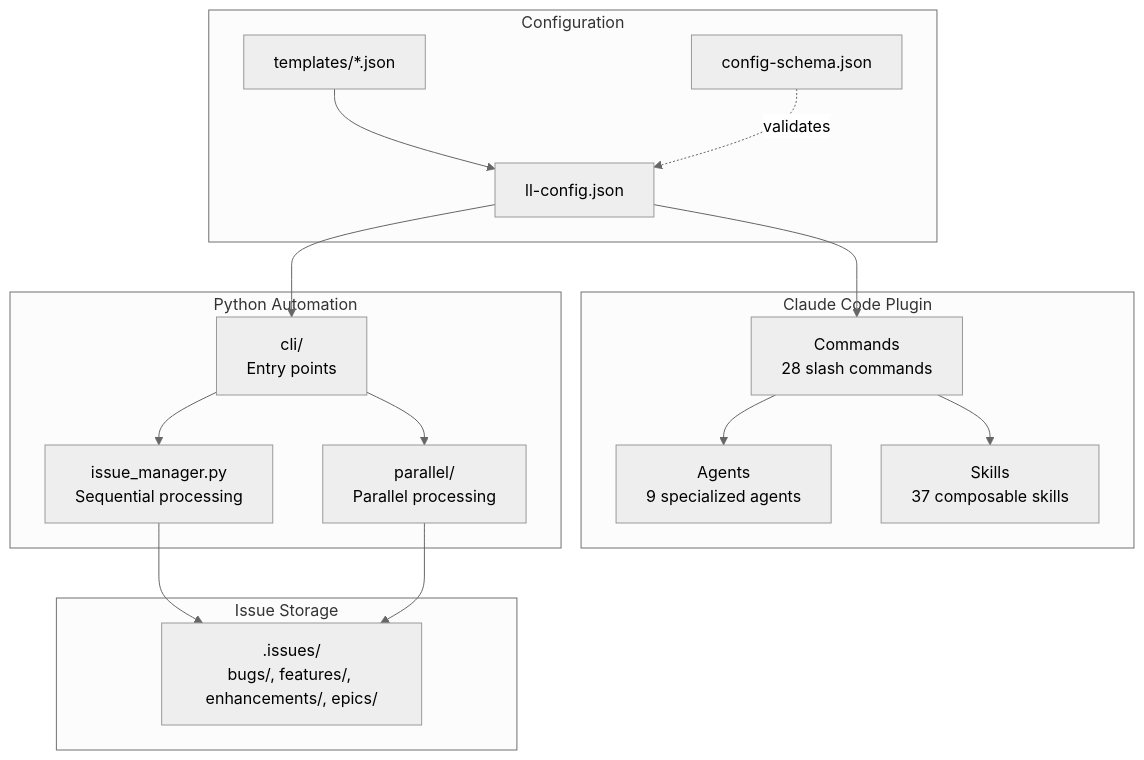
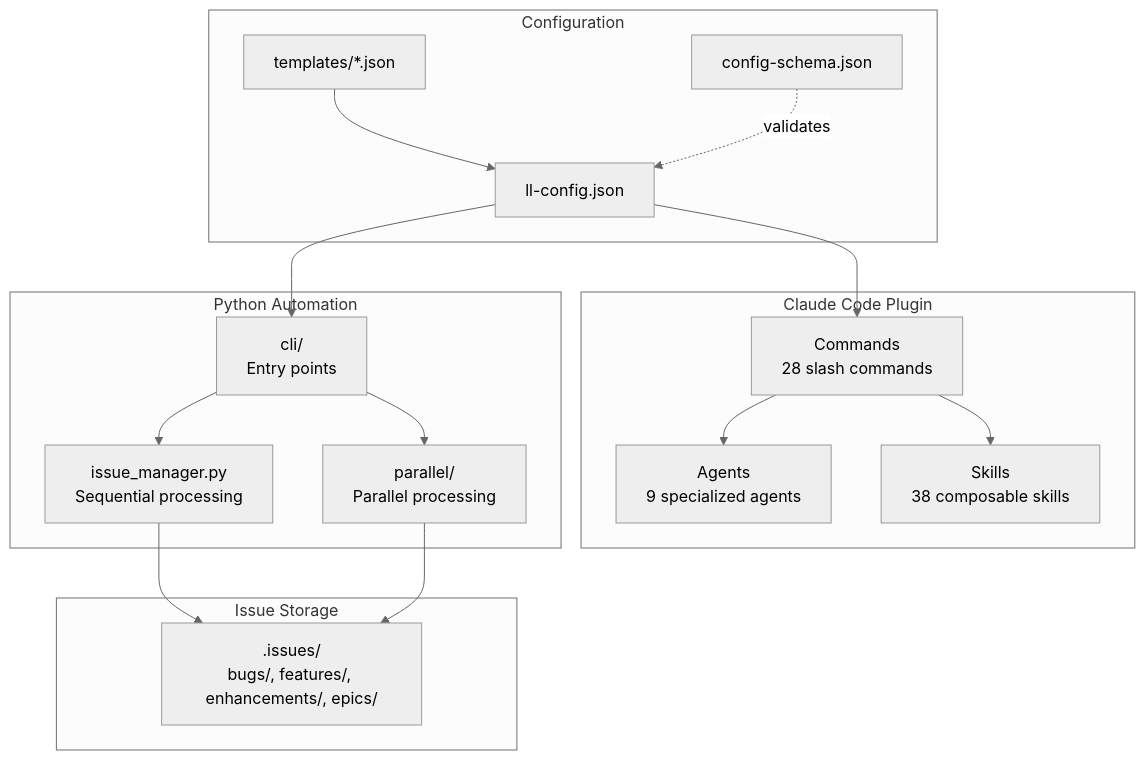
Before and after one commit to BrennonTWilliams/little-loops: the first of 16 diagrams in docs/ARCHITECTURE.md, drawn with Mermaid (neutral theme). The commit also changed other lines of this file and 3 other files, not shown here.

First line of the commit message:
fix(docs): remove phantom loops/ dir and fix stale 37→38 composable skills count

````diff
--- a/docs/ARCHITECTURE.md
+++ b/docs/ARCHITECTURE.md
@@ -21,35 +21,35 @@
 ```mermaid
 flowchart TB
     subgraph "Claude Code Plugin"
         CMD[Commands<br/>28 slash commands]
         AGT[Agents<br/>9 specialized agents]
-        SKL[Skills<br/>37 composable skills]
+        SKL[Skills<br/>38 composable skills]
     end
 
     subgraph "Configuration"
         CFG[ll-config.json]
         SCHEMA[config-schema.json]
         TPL[templates/*.json]
     end
 
     subgraph "Python Automation"
         CLI[cli/<br/>Entry points]
         AUTO[issue_manager.py<br/>Sequential processing]
         PARALLEL[parallel/<br/>Parallel processing]
     end
 
     subgraph "Issue Storage"
         ISSUES[.issues/<br/>bugs/, features/, enhancements/, epics/]
     end
 
     CFG --> CMD
     TPL --> CFG
     SCHEMA -.->|validates| CFG
     CFG --> CLI
     CMD --> AGT
     CMD --> SKL
     CLI --> AUTO
     CLI --> PARALLEL
     AUTO --> ISSUES
     PARALLEL --> ISSUES
 ```
````
